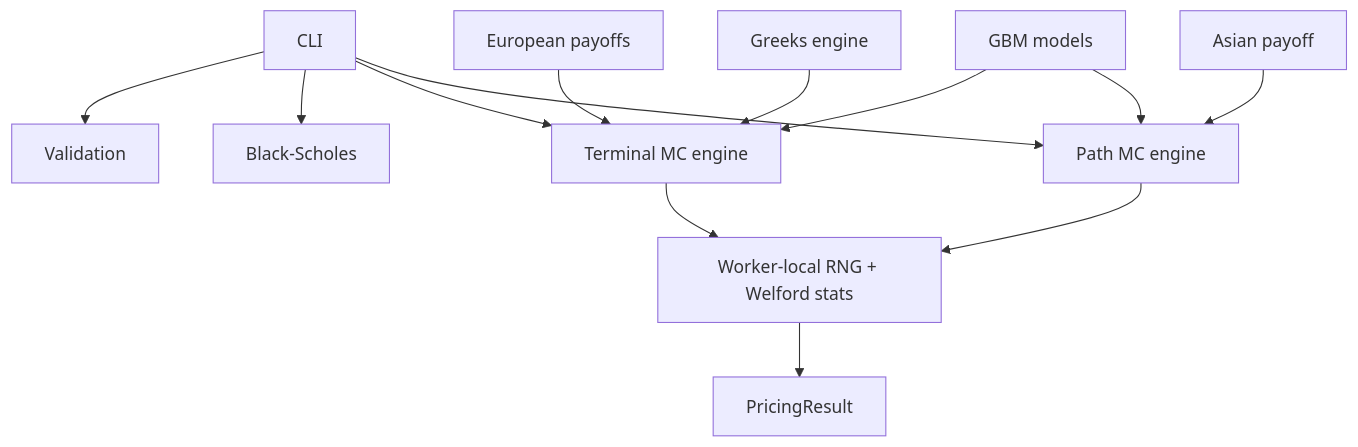
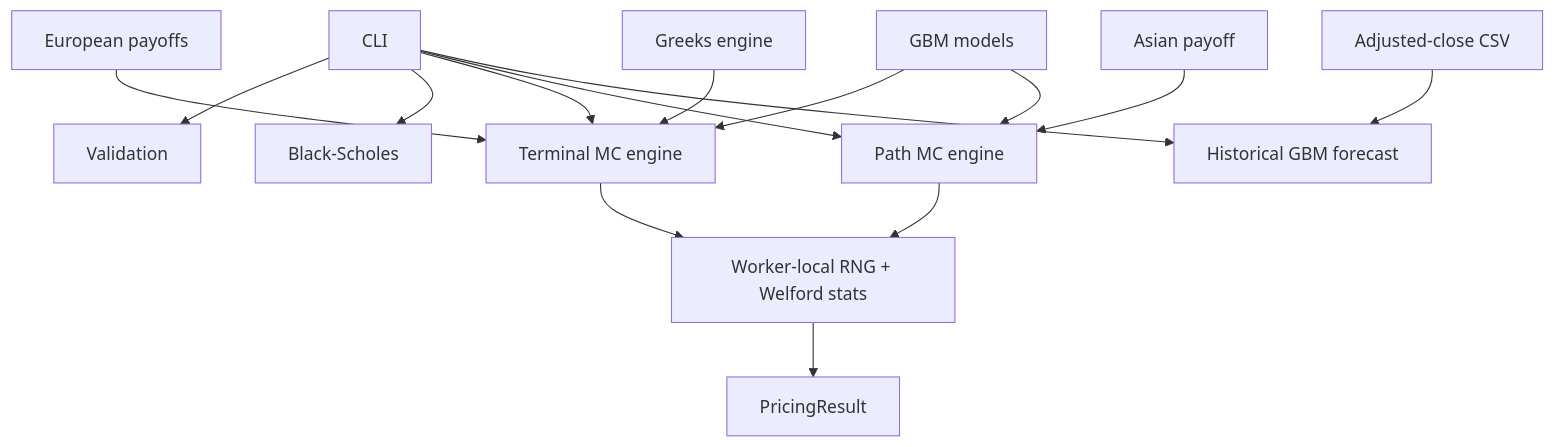
The diagram in docs/architecture.md (ZayaanB/MC-Options-Engine), drawn with Mermaid before and after one commit. The commit also changed other lines of this file and 11 other files, not shown here.

Commit message:
feat: add historical forecast CLI and CSV workflow

````diff
--- a/docs/architecture.md
+++ b/docs/architecture.md
@@ -7,15 +7,17 @@
 ```mermaid
 flowchart TD
     APP[CLI] --> VALIDATE[Validation]
     APP --> ANALYTICAL[Black-Scholes]
     APP --> TERMINAL[Terminal MC engine]
     APP --> PATH[Path MC engine]
+    APP --> FORECAST[Historical GBM forecast]
+    CSV[Adjusted-close CSV] --> FORECAST
     EURO[European payoffs] --> TERMINAL
     ASIAN[Asian payoff] --> PATH
     MODEL[GBM models] --> TERMINAL
     MODEL --> PATH
     TERMINAL --> WORKERS[Worker-local RNG + Welford stats]
     PATH --> WORKERS
     WORKERS --> RESULT[PricingResult]
     GREEKS[Greeks engine] --> TERMINAL
 ```
````
